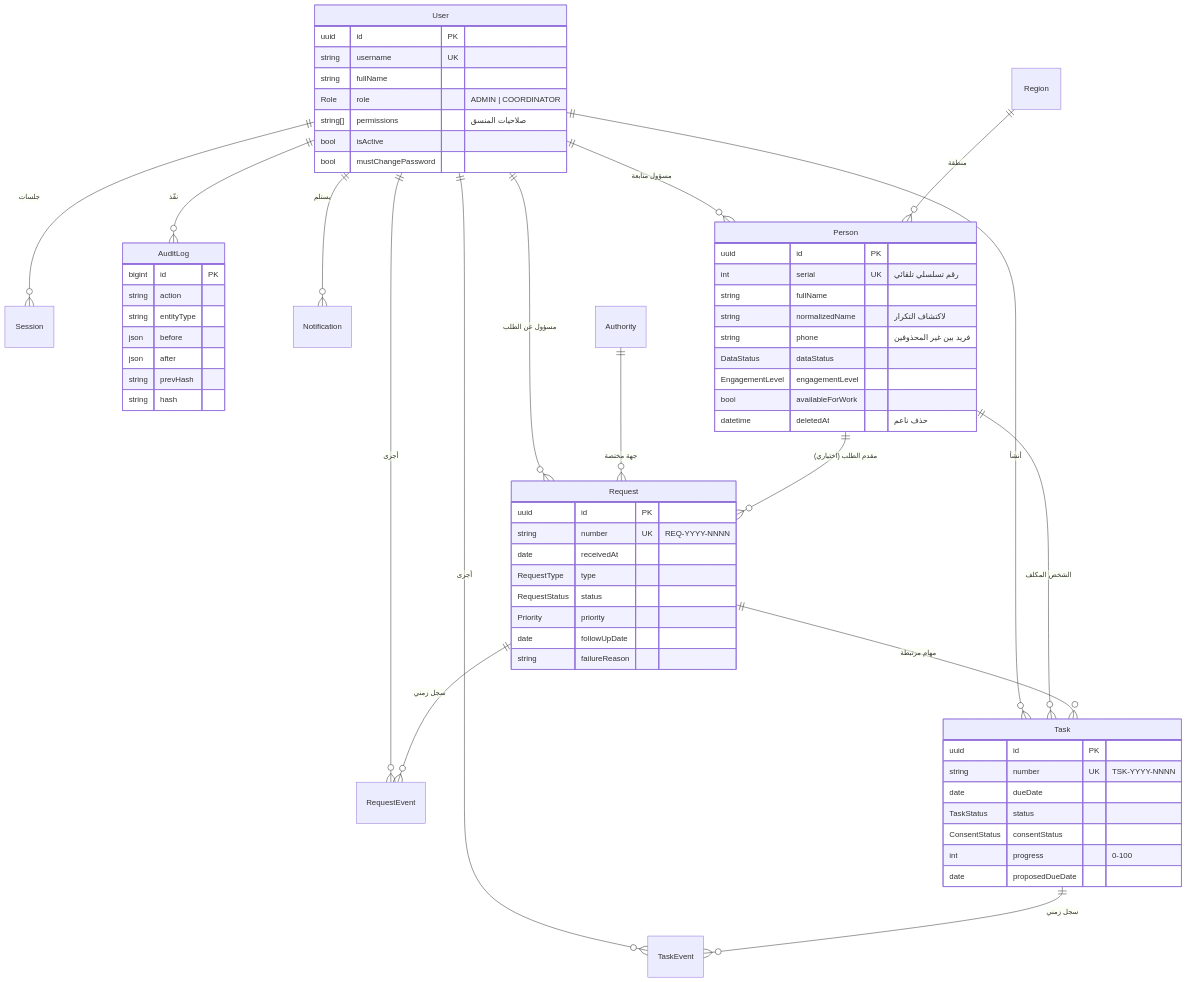
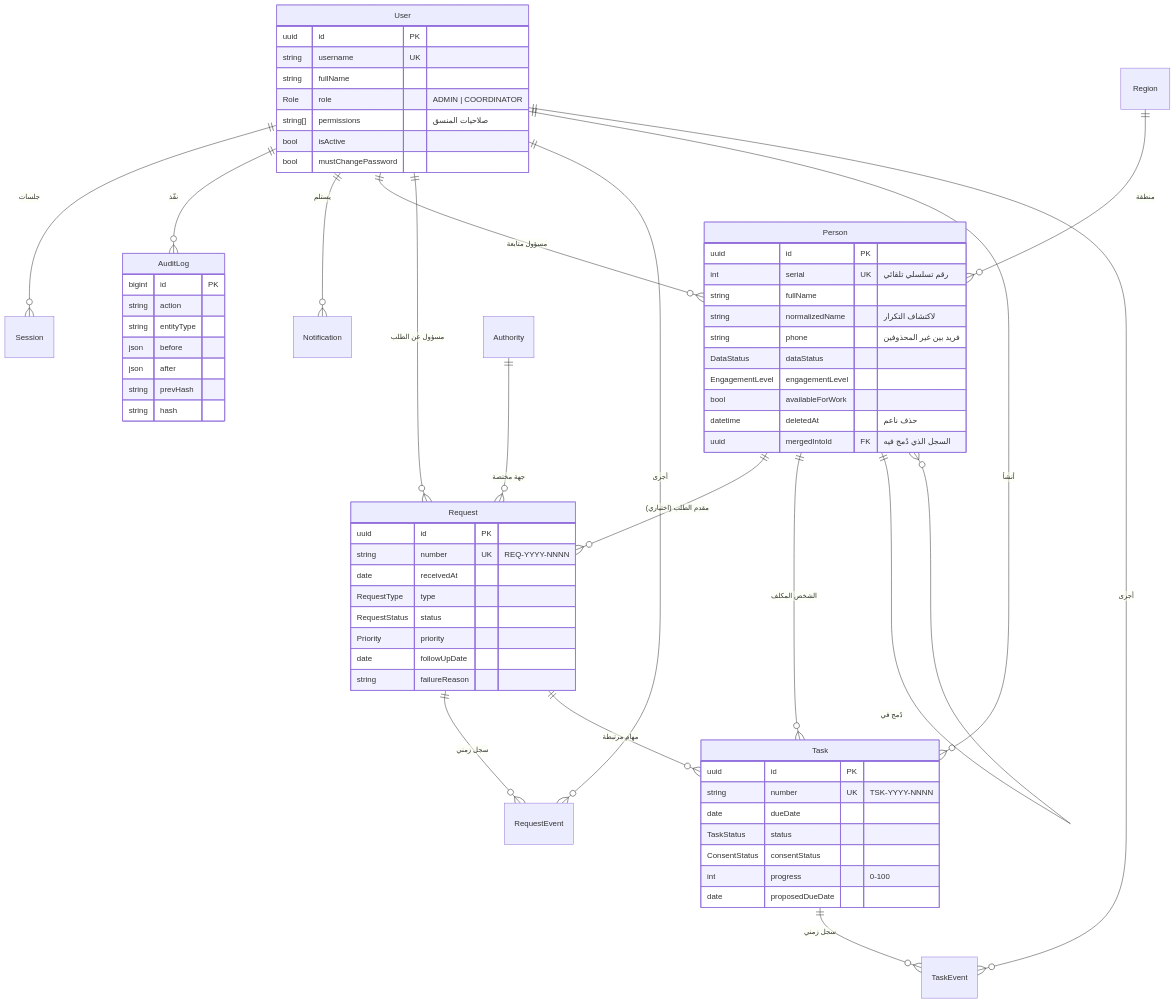
Before and after one commit to haidaralshowli-lang/my-platform: the diagram in admin-work/DATABASE.md, drawn with Mermaid. The commit also changed other lines of this file and 31 other files, not shown here.

````diff
--- a/admin-work/DATABASE.md
+++ b/admin-work/DATABASE.md
@@ -7,67 +7,69 @@
 ```mermaid
 erDiagram
   User ||--o{ Session : "جلسات"
   User ||--o{ AuditLog : "نفّذ"
   User ||--o{ Notification : "يستلم"
   User ||--o{ Person : "مسؤول متابعة"
   User ||--o{ Request : "مسؤول عن الطلب"
   User ||--o{ RequestEvent : "أجرى"
   User ||--o{ Task : "أنشأ"
   User ||--o{ TaskEvent : "أجرى"
   Region ||--o{ Person : "منطقة"
   Authority ||--o{ Request : "جهة مختصة"
   Person ||--o{ Request : "مقدم الطلب (اختياري)"
   Person ||--o{ Task : "الشخص المكلف"
+  Person ||--o{ Person : "دُمج في"
   Request ||--o{ RequestEvent : "سجل زمني"
   Request ||--o{ Task : "مهام مرتبطة"
   Task ||--o{ TaskEvent : "سجل زمني"
 
   User {
     uuid id PK
     string username UK
     string fullName
     Role role "ADMIN | COORDINATOR"
     string[] permissions "صلاحيات المنسق"
     bool isActive
     bool mustChangePassword
   }
   Person {
     uuid id PK
     int serial UK "رقم تسلسلي تلقائي"
     string fullName
     string normalizedName "لاكتشاف التكرار"
     string phone "فريد بين غير المحذوفين"
     DataStatus dataStatus
     EngagementLevel engagementLevel
     bool availableForWork
     datetime deletedAt "حذف ناعم"
+    uuid mergedIntoId FK "السجل الذي دُمج فيه"
   }
   Request {
     uuid id PK
     string number UK "REQ-YYYY-NNNN"
     date receivedAt
     RequestType type
     RequestStatus status
     Priority priority
     date followUpDate
     string failureReason
   }
   Task {
     uuid id PK
     string number UK "TSK-YYYY-NNNN"
     date dueDate
     TaskStatus status
     ConsentStatus consentStatus
     int progress "0-100"
     date proposedDueDate
   }
   AuditLog {
     bigint id PK
     string action
     string entityType
     json before
     json after
     string prevHash
     string hash
   }
 ```
````
